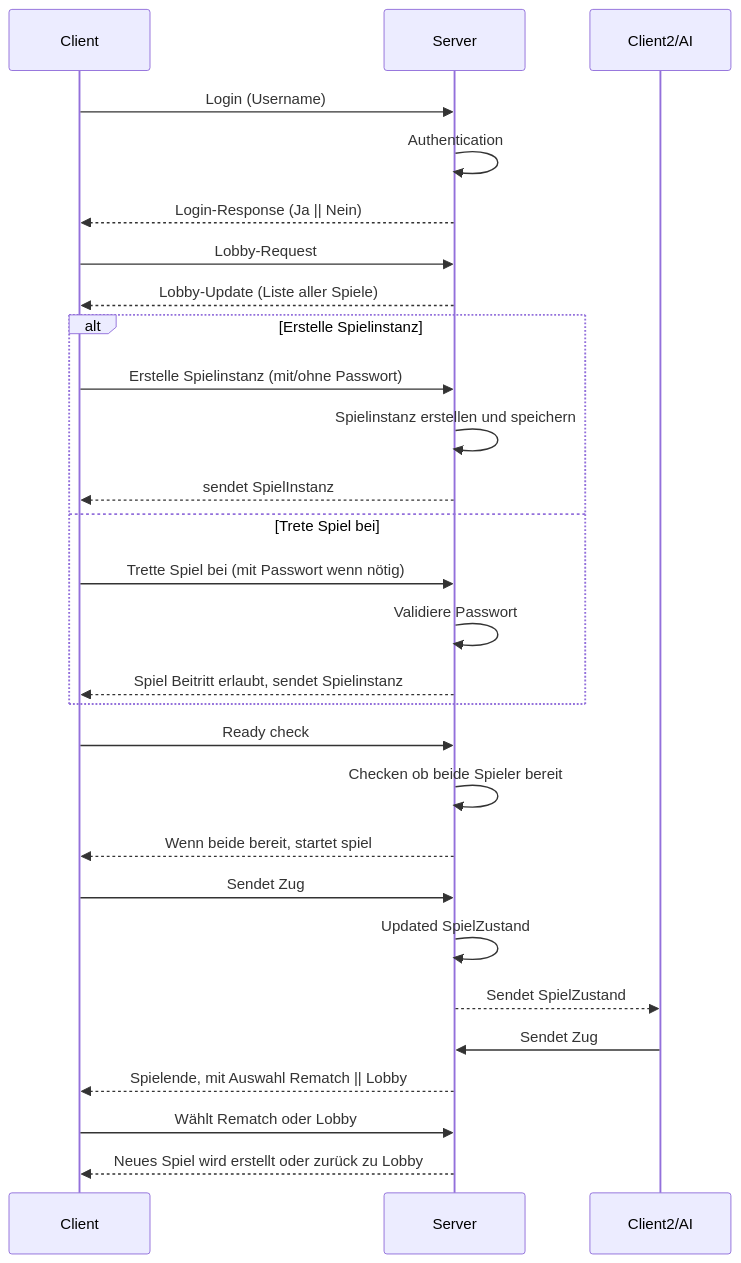
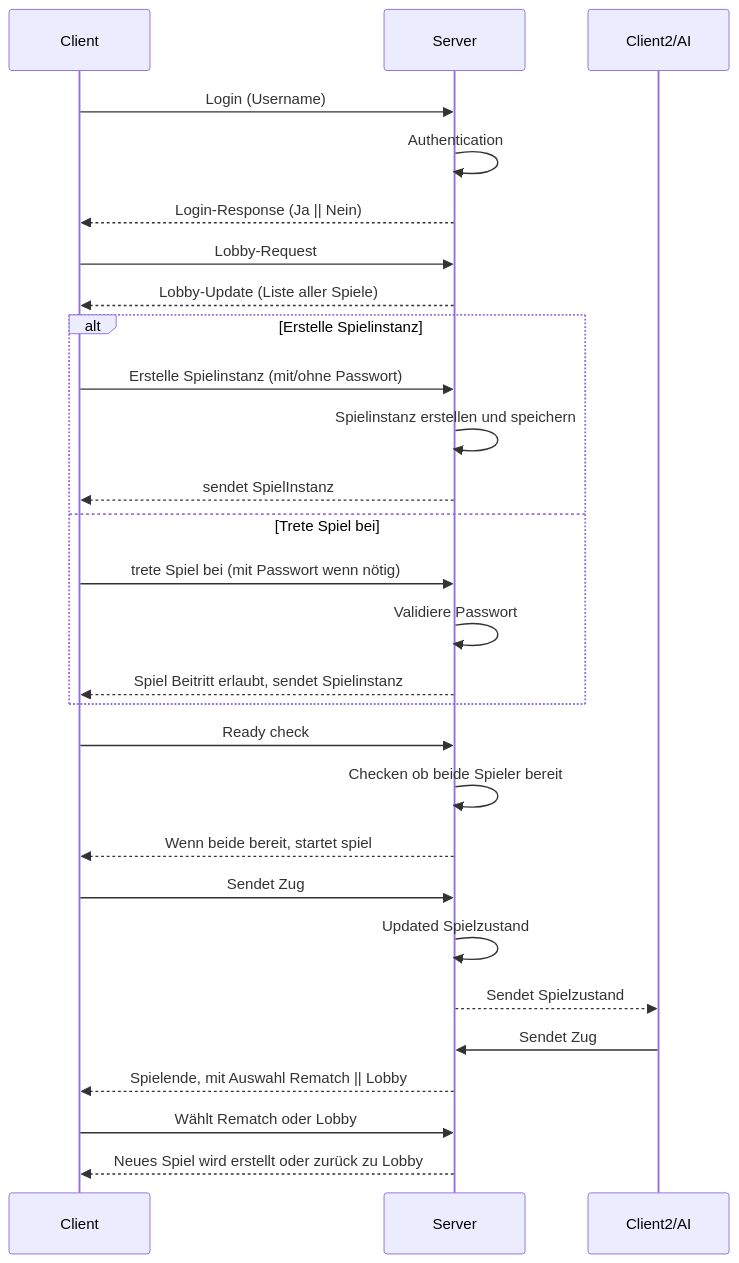
The diagram in docs/clientServerInteraction.md (zabooz/BattleShips), drawn with Mermaid before and after one commit. The commit also changed 1 other file, not shown here.

Commit message:
pflichtheft update

````diff
--- a/docs/clientServerInteraction.md
+++ b/docs/clientServerInteraction.md
@@ -2,33 +2,33 @@
 ```mermaid
 sequenceDiagram
     Client->>Server: Login (Username)
     Server->>Server: Authentication
     Server -->>Client: Login-Response (Ja || Nein)
 
     Client->>Server: Lobby-Request
     Server-->>Client: Lobby-Update (Liste aller Spiele)
 
     alt Erstelle Spielinstanz
         Client->>Server: Erstelle Spielinstanz (mit/ohne Passwort)
         Server->>Server: Spielinstanz erstellen und speichern
         Server-->>Client: sendet SpielInstanz
     else Trete Spiel bei
-        Client->>Server: Trette Spiel bei (mit Passwort wenn nötig)
+        Client->>Server: trete Spiel bei (mit Passwort wenn nötig)
         Server->>Server: Validiere Passwort
         Server-->>Client: Spiel Beitritt erlaubt, sendet Spielinstanz
     end
-
+    
     Client->>Server: Ready check
     Server->>Server: Checken ob beide Spieler bereit
     Server-->>Client: Wenn beide bereit, startet spiel
 
     Client->>Server: Sendet Zug
-    Server->>Server: Updated SpielZustand
-    Server-->>Client2/AI: Sendet SpielZustand
+    Server->>Server: Updated Spielzustand
+    Server-->>Client2/AI: Sendet Spielzustand
     Client2/AI->>Server: Sendet Zug
 
     Server-->>Client: Spielende, mit Auswahl Rematch || Lobby
     Client->>Server: Wählt Rematch oder Lobby
     Server-->>Client: Neues Spiel wird erstellt oder zurück zu Lobby
 
 ```
````
